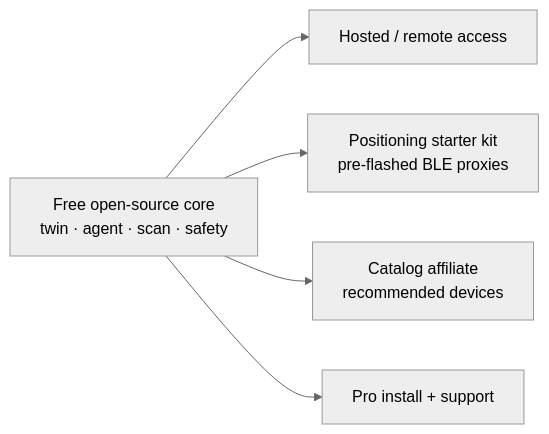
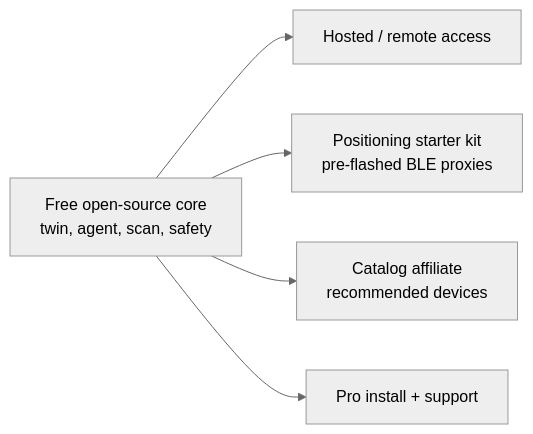
Before and after one commit to Jagga-tech/twinhaus: the second of 2 diagrams in docs/WORKFLOW.md, drawn with Mermaid (neutral theme). The commit also changed other lines of this file and 50 other files, not shown here.

````diff
--- a/docs/WORKFLOW.md
+++ b/docs/WORKFLOW.md
@@ -102,7 +102,7 @@
 ```mermaid
 flowchart LR
-    Core["Free open-source core<br/>twin · agent · scan · safety"] --> Cloud["Hosted / remote access"]
+    Core["Free open-source core<br/>twin, agent, scan, safety"] --> Cloud["Hosted / remote access"]
     Core --> Kit["Positioning starter kit<br/>pre-flashed BLE proxies"]
     Core --> Affil["Catalog affiliate<br/>recommended devices"]
     Core --> Pro["Pro install + support"]
 ```
````
